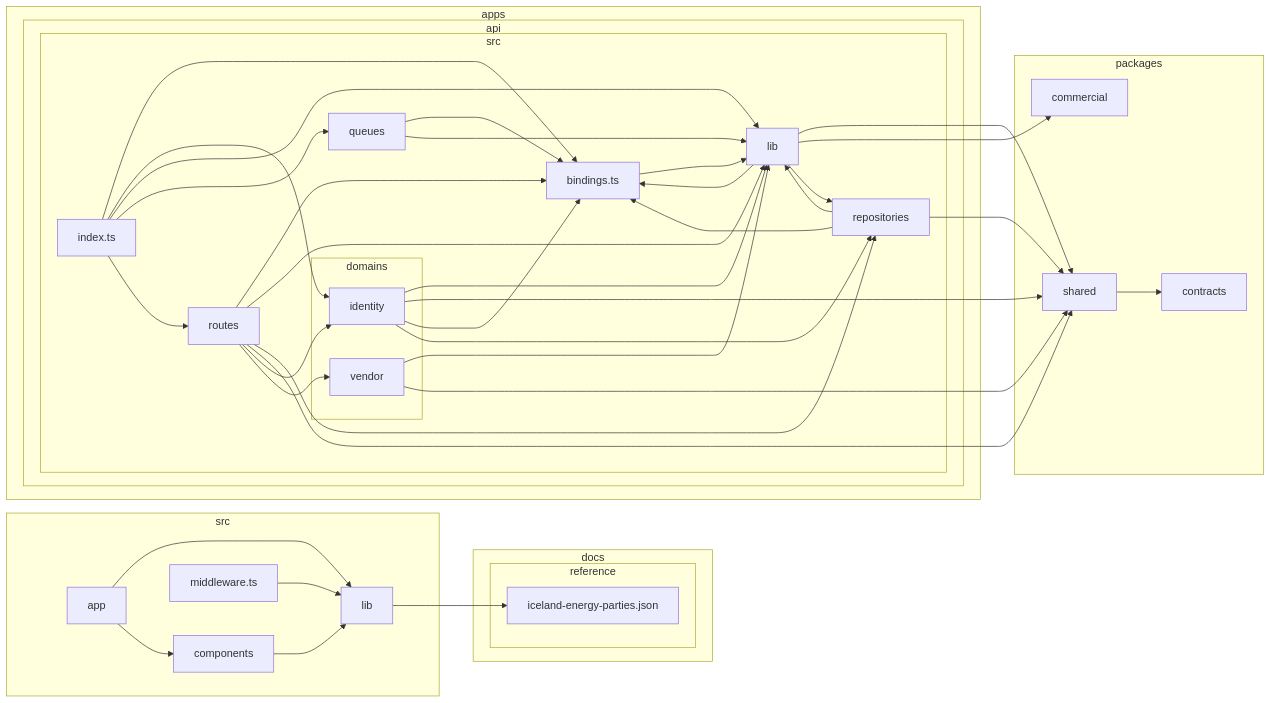
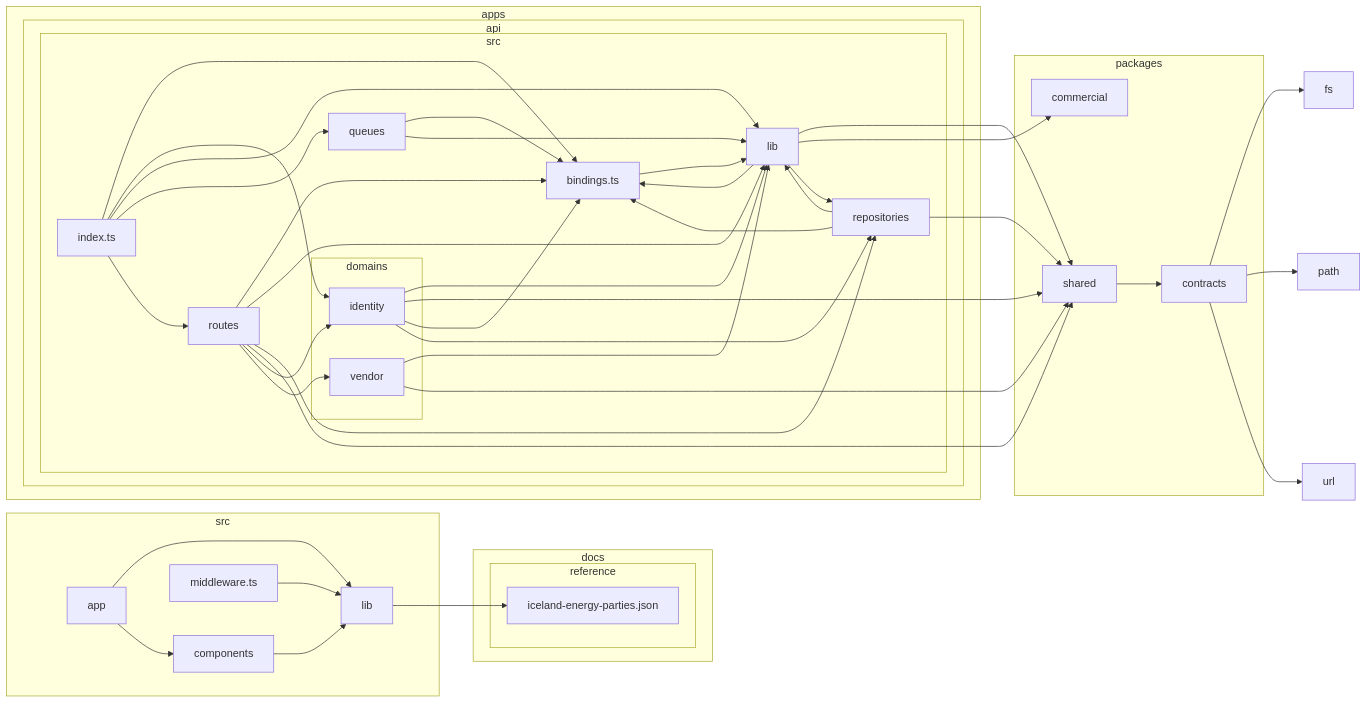
The diagram in docs/architecture/dependency-graph.md (andri187/Straumvakt), drawn with Mermaid before and after one commit.

Commit message:
chore(deps-graph): regenerate after the invoice module
New nodes fs/path/url are node builtins imported by the golden-file test
(node:fs, node:path, node:url). The graph is generated and gated by
check:deps-graph, so it has to move with the code.

````diff
--- a/docs/architecture/dependency-graph.md
+++ b/docs/architecture/dependency-graph.md
@@ -25,69 +25,75 @@
 ```mermaid
 flowchart LR
 
 subgraph 0["apps"]
 subgraph 1["api"]
 subgraph 2["src"]
 3["bindings.ts"]
 subgraph 4["domains"]
 5["identity"]
 6["vendor"]
 end
 7["index.ts"]
 8["lib"]
 9["queues"]
 A["repositories"]
 B["routes"]
 end
 end
 end
 subgraph C["docs"]
 subgraph D["reference"]
 E["iceland-energy-parties.json"]
 end
 end
-subgraph F["packages"]
-G["commercial"]
-H["contracts"]
-I["shared"]
+F["fs"]
+subgraph G["packages"]
+H["commercial"]
+I["contracts"]
+J["shared"]
 end
-subgraph J["src"]
-K["app"]
-L["components"]
-M["lib"]
-N["middleware.ts"]
+K["path"]
+subgraph L["src"]
+M["app"]
+N["components"]
+O["lib"]
+P["middleware.ts"]
 end
+Q["url"]
 3-->8
 5-->8
-5-->I
+5-->J
 5-->3
 5-->A
 6-->8
-6-->I
+6-->J
 7-->3
 7-->5
 7-->8
 7-->9
 7-->B
 8-->3
-8-->I
-8-->G
+8-->J
+8-->H
 8-->A
 9-->3
 9-->8
 A-->8
-A-->I
+A-->J
 A-->3
 B-->3
 B-->8
 B-->A
-B-->I
+B-->J
 B-->5
 B-->6
-I-->H
-K-->M
-K-->L
-L-->M
-M-->E
-N-->M
+I-->F
+I-->K
+I-->Q
+J-->I
+M-->O
+M-->N
+N-->O
+O-->E
+P-->O
 ```
````
